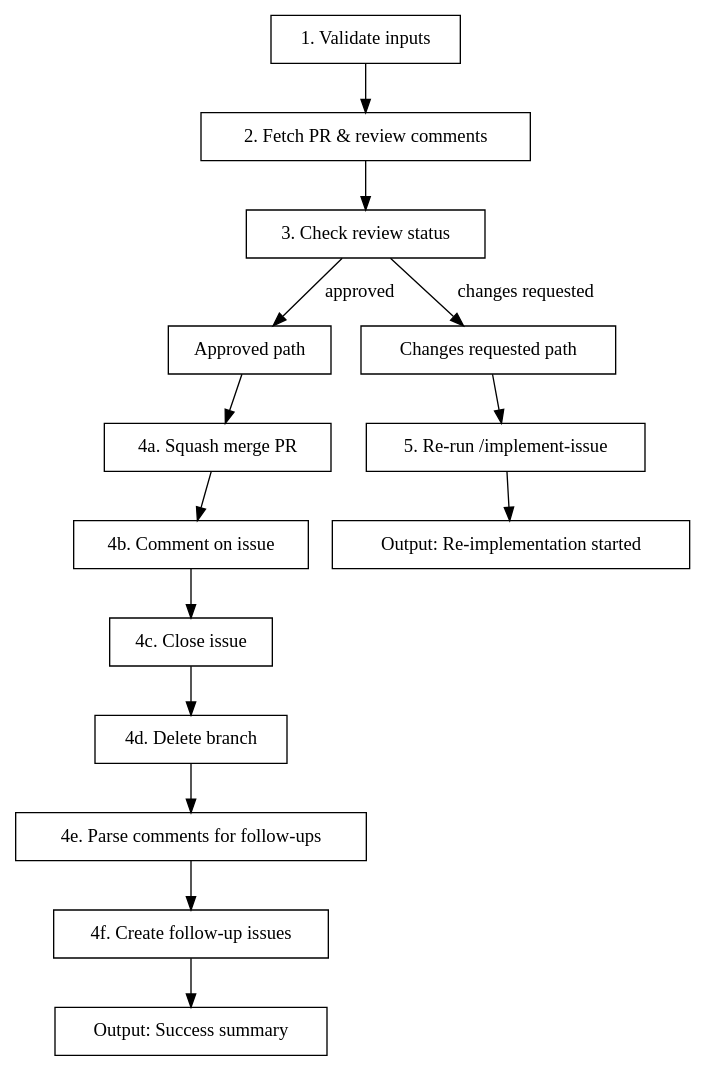
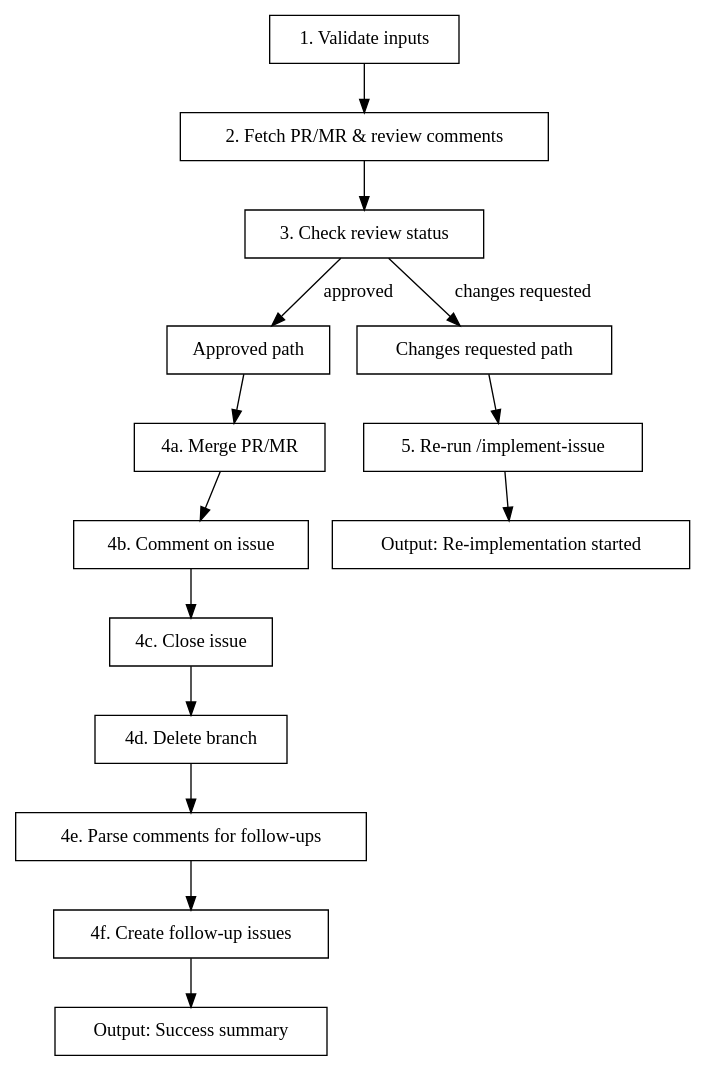
Before and after one commit to stevegrocott/claude-pipeline: the diagram in .claude/skills/process-pr/SKILL.md, drawn with Graphviz. The commit also changed other lines of this file and 34 other files, not shown here.

````diff
--- a/.claude/skills/process-pr/SKILL.md
+++ b/.claude/skills/process-pr/SKILL.md
@@ -24,32 +24,32 @@
 ```dot
 digraph process_pr {
     rankdir=TB;
     node [shape=box];
 
     validate [label="1. Validate inputs"];
-    fetch [label="2. Fetch PR & review comments"];
+    fetch [label="2. Fetch PR/MR & review comments"];
     check [label="3. Check review status"];
 
     approved [label="Approved path"];
     changes [label="Changes requested path"];
 
-    merge [label="4a. Squash merge PR"];
+    merge [label="4a. Merge PR/MR"];
     comment [label="4b. Comment on issue"];
     close [label="4c. Close issue"];
     delete [label="4d. Delete branch"];
     parse [label="4e. Parse comments for follow-ups"];
     create_issues [label="4f. Create follow-up issues"];
 
     rerun [label="5. Re-run /implement-issue"];
 
     output_success [label="Output: Success summary"];
     output_rerun [label="Output: Re-implementation started"];
 
     validate -> fetch -> check;
     check -> approved [label="approved"];
     check -> changes [label="changes requested"];
 
     approved -> merge -> comment -> close -> delete -> parse -> create_issues -> output_success;
     changes -> rerun -> output_rerun;
 }
 ```
````
